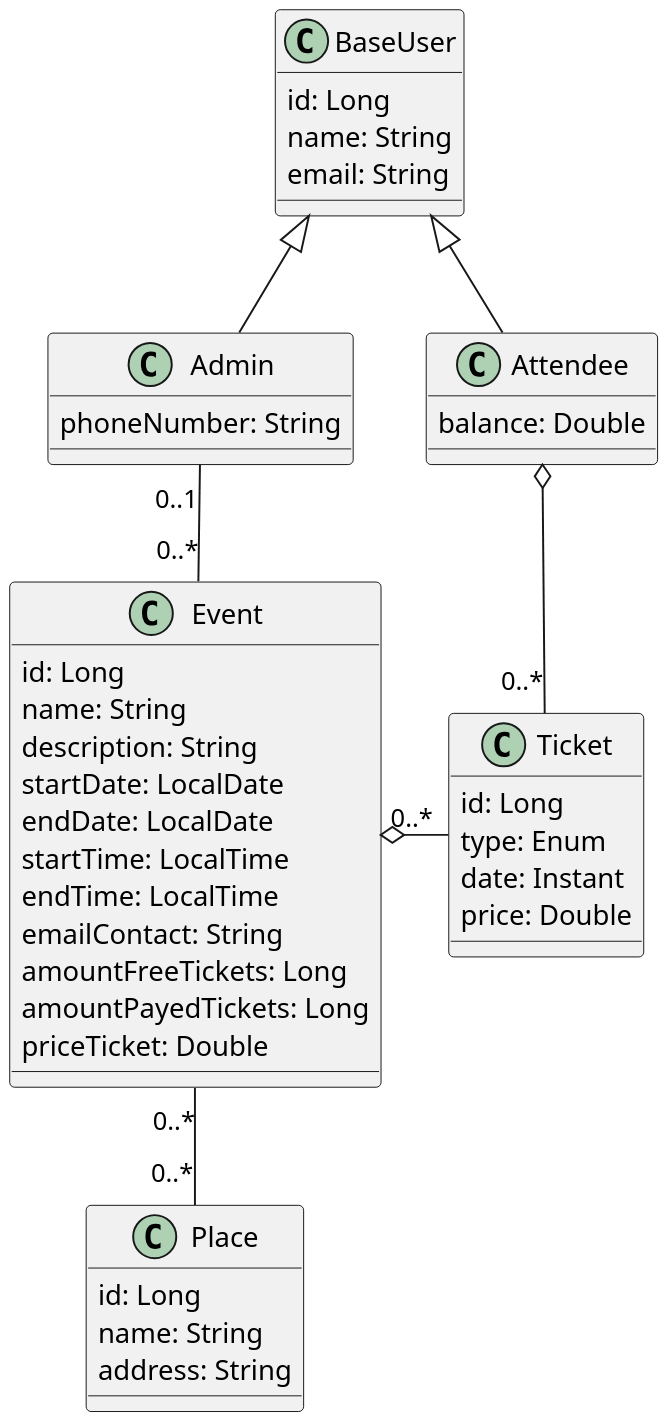
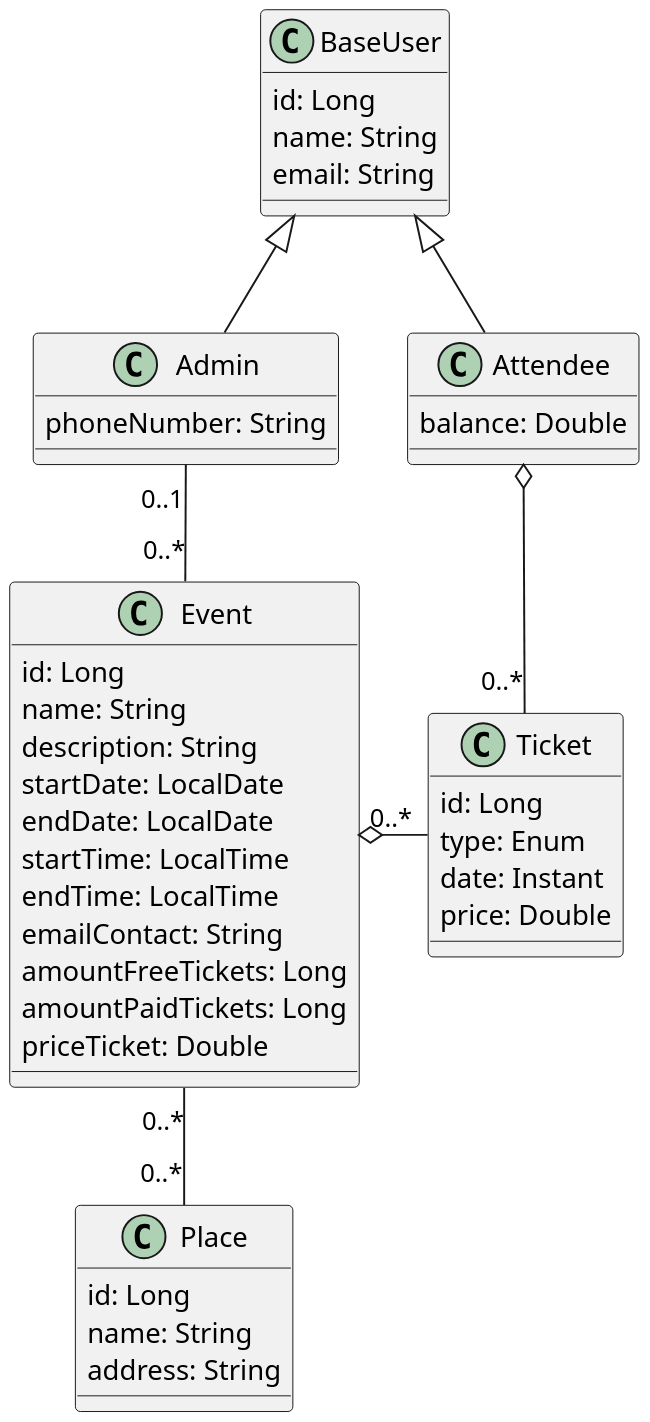
Before and after one commit to carlosedpsilva/facens-poo2: the diagram in docs/diagrams/src/architecture_overview.wsd, drawn with PlantUML. The commit also changed 8 other files, not shown here.

```diff
--- a/docs/diagrams/src/architecture_overview.wsd
+++ b/docs/diagrams/src/architecture_overview.wsd
@@ -1,54 +1,54 @@
 @startuml architecture_overview
 
 scale 2
 
 class BaseUser {
   id: Long
   name: String
   email: String
 }
 
 class Admin {
   phoneNumber: String
 }
 
 class Attendee {
   balance: Double
 }
 
 class Event {
   id: Long
   name: String
   description: String
   startDate: LocalDate
   endDate: LocalDate
   startTime: LocalTime
   endTime: LocalTime
   emailContact: String
   amountFreeTickets: Long
-  amountPayedTickets: Long
+  amountPaidTickets: Long
   priceTicket: Double
 }
 
 class Ticket {
   id: Long
   type: Enum
   date: Instant
   price: Double
 }
 
 class Place {
   id: Long
   name: String
   address: String
 }
 
 BaseUser <|-- Admin
 BaseUser <|-- Attendee
 
 Admin "0..1" -- "0..*" Event
 Attendee o- "0..*" Ticket
 Event o- "0..*" Ticket
 Event "0..*" -- "0..*" Place
 
 @enduml
```
